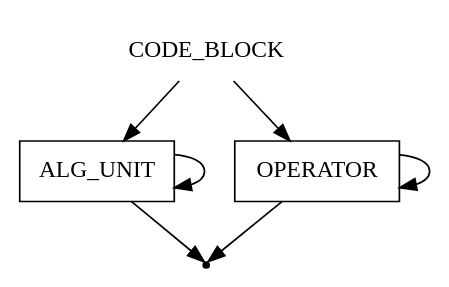
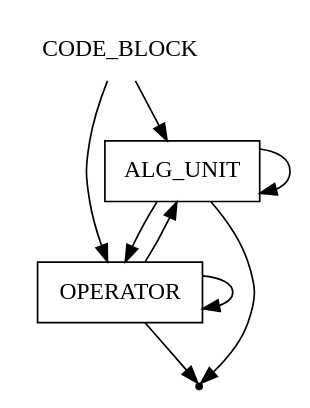
The diagram in src/PSADParser/grammar/code_block.gv (IMZolin/PSAD), drawn with Graphviz before and after one commit. The commit also changed 5 other files, not shown here.

```diff
--- a/src/PSADParser/grammar/code_block.gv
+++ b/src/PSADParser/grammar/code_block.gv
@@ -1,13 +1,15 @@
 digraph CODE_BLOCK {
     start [label=CODE_BLOCK shape=plaintext]
     alg_unit [label=ALG_UNIT shape=box]
     operator [label=OPERATOR shape=box]
     end [label="" shape=point]
 
     start -> alg_unit
     start -> operator
     alg_unit -> alg_unit
+    alg_unit -> operator
     operator -> operator
+    operator -> alg_unit
     alg_unit -> end
     operator -> end
 }
```
